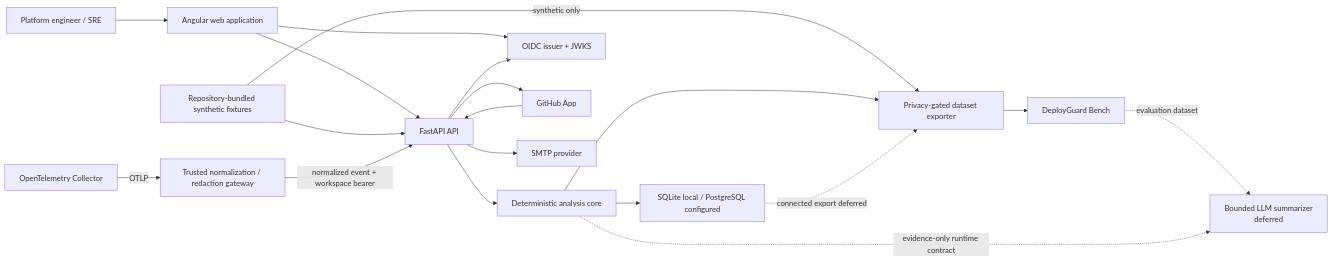
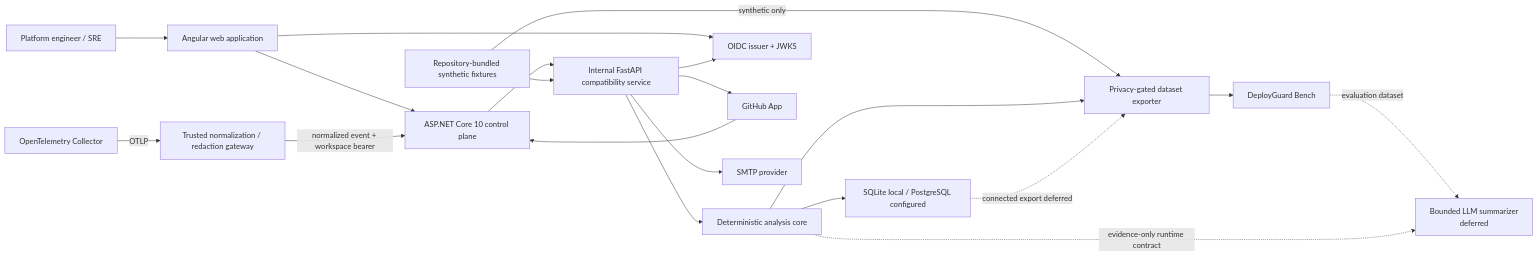
The first of 5 diagrams in docs/ARCHITECTURE.md (kingggg5/deployguardai), drawn with Mermaid before and after one commit. The commit also changed other lines of this file and 98 other files, not shown here.

First line of the commit message:
feat: ship keyless evidence receipts and .NET control plane (#21)

````diff
--- a/docs/ARCHITECTURE.md
+++ b/docs/ARCHITECTURE.md
@@ -43,34 +43,35 @@
 ```mermaid
 flowchart LR
     User["Platform engineer / SRE"]
     UI["Angular web application"]
-    API["FastAPI API"]
+    Edge["ASP.NET Core 10 control plane"]
+    API["Internal FastAPI compatibility service"]
     Core["Deterministic analysis core"]
     DB["SQLite local / PostgreSQL configured"]
     Seed["Repository-bundled synthetic fixtures"]
     OIDC["OIDC issuer + JWKS"]
     GH["GitHub App"]
     SMTP["SMTP provider"]
     Collector["OpenTelemetry Collector"]
     Gateway["Trusted normalization / redaction gateway"]
     Exporter["Privacy-gated dataset exporter"]
     Bench["DeployGuard Bench"]
     LLM["Bounded LLM summarizer<br/>deferred"]
 
-    User --> UI --> API --> Core
+    User --> UI --> Edge --> API --> Core
     Core --> DB
     Seed --> API
     UI --> OIDC
     API --> OIDC
-    GH --> API
+    GH --> Edge
     API --> GH
     API --> SMTP
     Collector -->|"OTLP"| Gateway
-    Gateway -->|"normalized event + workspace bearer"| API
+    Gateway -->|"normalized event + workspace bearer"| Edge
     Seed -->|"synthetic only"| Exporter
     Core --> Exporter
     Exporter --> Bench
     DB -.->|"connected export deferred"| Exporter
     Bench -.->|"evaluation dataset"| LLM
     Core -.->|"evidence-only runtime contract"| LLM
 ```
````
